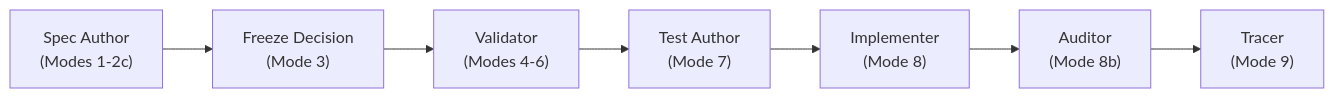
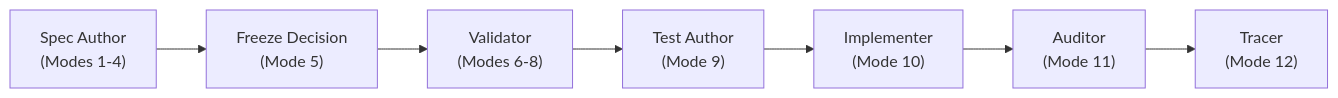
Before and after one commit to robenglander/lumiscape-book: the third of 3 diagrams in chapter-01-engineering-workflow.md, drawn with Mermaid. The commit also changed other lines of this file and 11 other files, not shown here.

First line of the commit message:
12-mode pipeline: renumber chapters, write coherence + freeze chapters, trim ch04

````diff
--- a/chapter-01-engineering-workflow.md
+++ b/chapter-01-engineering-workflow.md
@@ -586,9 +586,9 @@
 ```mermaid
 flowchart LR
-    A["Spec Author\n(Modes 1-2c)"] --> B["Freeze Decision\n(Mode 3)"]
-    B --> C["Validator\n(Modes 4-6)"]
-    C --> D["Test Author\n(Mode 7)"]
-    D --> E["Implementer\n(Mode 8)"]
-    E --> F["Auditor\n(Mode 8b)"]
-    F --> G["Tracer\n(Mode 9)"]
+    A["Spec Author\n(Modes 1-4)"] --> B["Freeze Decision\n(Mode 5)"]
+    B --> C["Validator\n(Modes 6-8)"]
+    C --> D["Test Author\n(Mode 9)"]
+    D --> E["Implementer\n(Mode 10)"]
+    E --> F["Auditor\n(Mode 11)"]
+    F --> G["Tracer\n(Mode 12)"]
 ```
````
